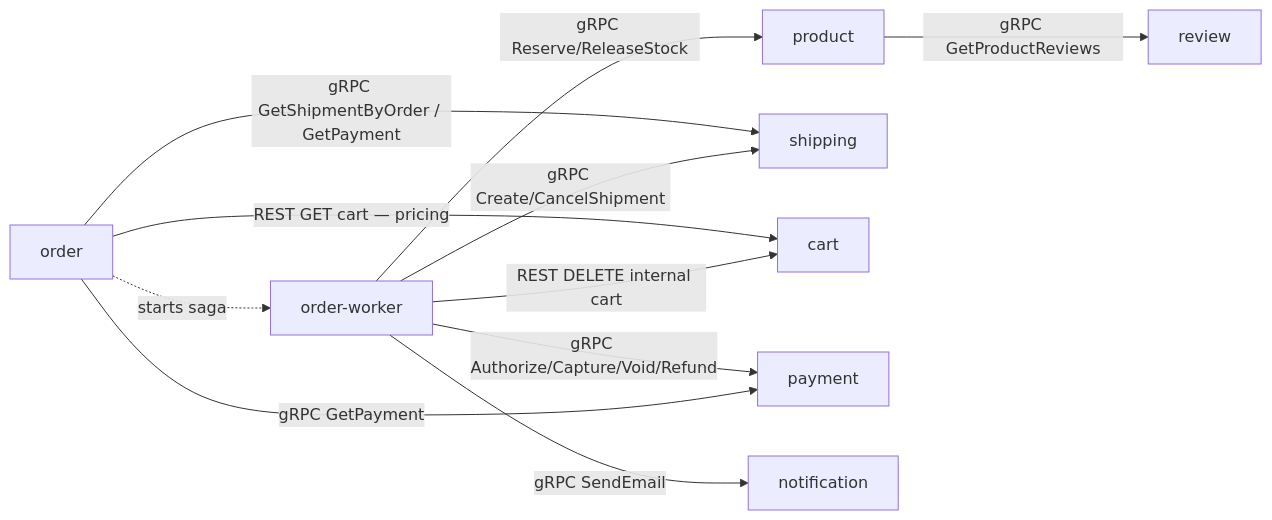
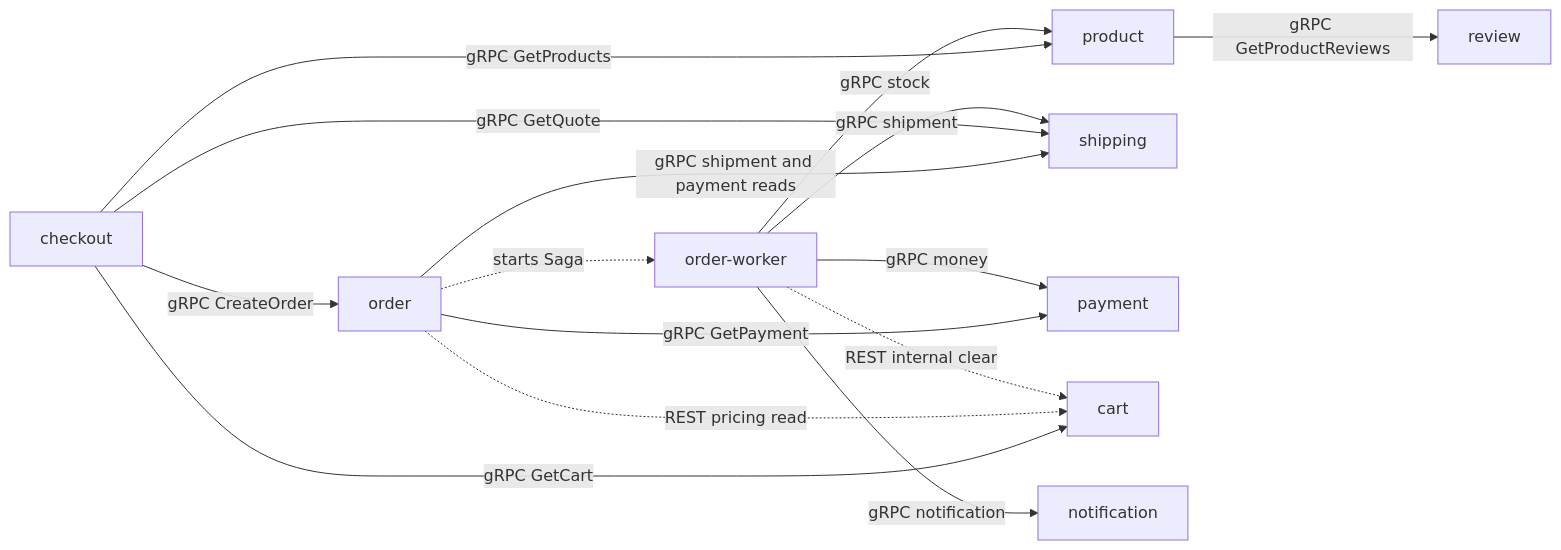
The second of 2 diagrams in docs/api/microservices.md (duynhlab/homelab), drawn with Mermaid before and after one commit. The commit also changed other lines of this file and 33 other files, not shown here.

````diff
--- a/docs/api/microservices.md
+++ b/docs/api/microservices.md
@@ -272,13 +291,17 @@
 ```mermaid
 flowchart LR
     PROD[product] -->|gRPC GetProductReviews| REV[review]
-    ORD[order] -->|gRPC GetShipmentByOrder / GetPayment| SHIP[shipping]
-    ORD -->|REST GET cart — pricing| CART[cart]
-    ORD -.->|starts saga| WKR[order-worker]
-    WKR -->|gRPC Reserve/ReleaseStock| PROD
-    WKR -->|gRPC Create/CancelShipment| SHIP
-    WKR -->|gRPC Authorize/Capture/Void/Refund| PAY[payment]
-    WKR -->|gRPC SendEmail| NOTIF[notification]
-    WKR -->|REST DELETE internal cart| CART
-    ORD -->|gRPC GetPayment| PAY
+    ORD[order] -->|gRPC shipment and payment reads| SHIP[shipping]
+    ORD -->|gRPC GetPayment| PAY[payment]
+    CHECK[checkout] -->|gRPC GetCart| CART[cart]
+    CHECK -->|gRPC GetProducts| PROD
+    CHECK -->|gRPC GetQuote| SHIP
+    CHECK -->|gRPC CreateOrder| ORD
+    ORD -.->|starts Saga| WKR[order-worker]
+    WKR -->|gRPC stock| PROD
+    WKR -->|gRPC shipment| SHIP
+    WKR -->|gRPC money| PAY
+    WKR -->|gRPC notification| NOTIF[notification]
+    ORD -.->|REST pricing read| CART
+    WKR -.->|REST internal clear| CART
 ```
````
